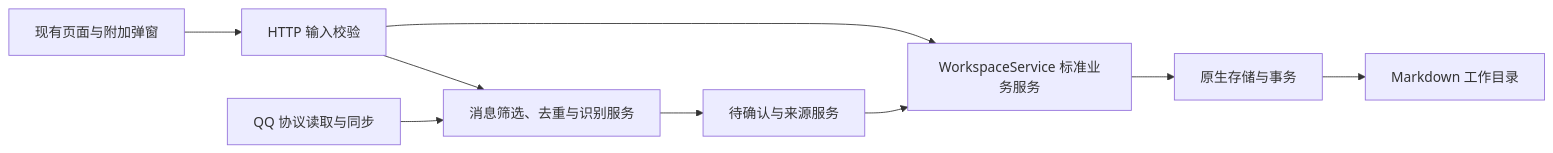
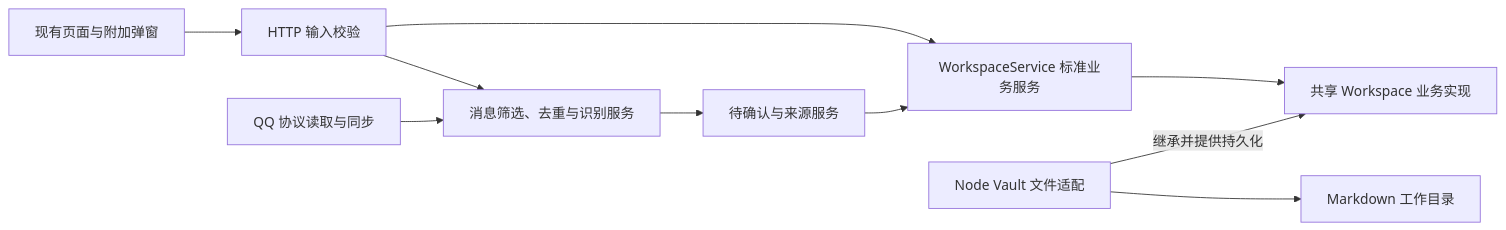
Before and after one commit to weiraemon/TRACE_WorkLifeBalance: the diagram in docs/architecture/business-api.md, drawn with Mermaid. The commit also changed other lines of this file and 26 other files, not shown here.

````diff
--- a/docs/architecture/business-api.md
+++ b/docs/architecture/business-api.md
@@ -7,11 +7,12 @@
 ```mermaid
 flowchart LR
   Web[现有页面与附加弹窗] --> HTTP[HTTP 输入校验]
   QQ[QQ 协议读取与同步] --> Intake[消息筛选、去重与识别服务]
   HTTP --> Business[WorkspaceService 标准业务服务]
   HTTP --> Intake
   Intake --> Inbox[待确认与来源服务]
   Inbox --> Business
-  Business --> Vault[原生存储与事务]
+  Business --> Core[共享 Workspace 业务实现]
+  Vault[Node Vault 文件适配] -->|继承并提供持久化| Core
   Vault --> Markdown[Markdown 工作目录]
 ```
````
